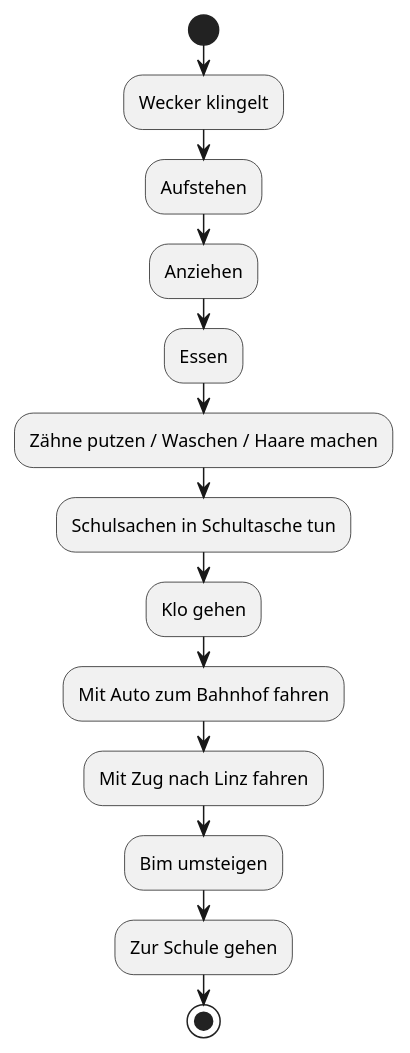
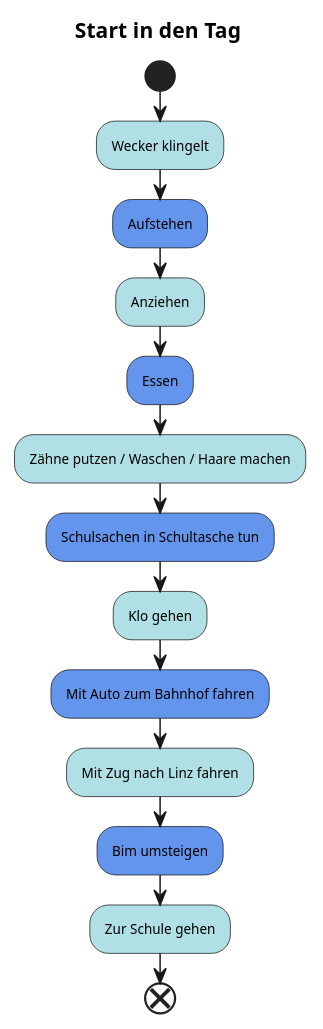
One commit to htl-leo-itp-25-27-4-5BHITM/Partyhub changed the diagram in project/startTheDay_Carla.puml. Above: the diagram before and after it, drawn with PlantUML.

Commit message:
#9 styling startTheDay_Carla.puml

```diff
--- a/project/startTheDay_Carla.puml
+++ b/project/startTheDay_Carla.puml
@@ -1,15 +1,21 @@
 @startuml
+title Start in den Tag
+skinparam defaultFontName "JetBrains Mono"
+skinparam defaultFontSize 9
+skinparam defaultFontColor black
+
 start
-:Wecker klingelt;
-:Aufstehen;
-:Anziehen;
-:Essen;
-:Zähne putzen / Waschen / Haare machen;
-:Schulsachen in Schultasche tun;
-:Klo gehen;
-:Mit Auto zum Bahnhof fahren;
-:Mit Zug nach Linz fahren;
-:Bim umsteigen;
-:Zur Schule gehen;
-stop
+#powderblue:Wecker klingelt;
+#cornflowerblue:Aufstehen;
+#powderblue:Anziehen;
+#cornflowerblue:Essen;
+#powderblue:Zähne putzen / Waschen / Haare machen;
+#cornflowerblue:Schulsachen in Schultasche tun;
+#powderblue:Klo gehen;
+#cornflowerblue:Mit Auto zum Bahnhof fahren;
+#powderblue:Mit Zug nach Linz fahren;
+#cornflowerblue:Bim umsteigen;
+#powderblue:Zur Schule gehen;
+end
+
 @enduml
```
